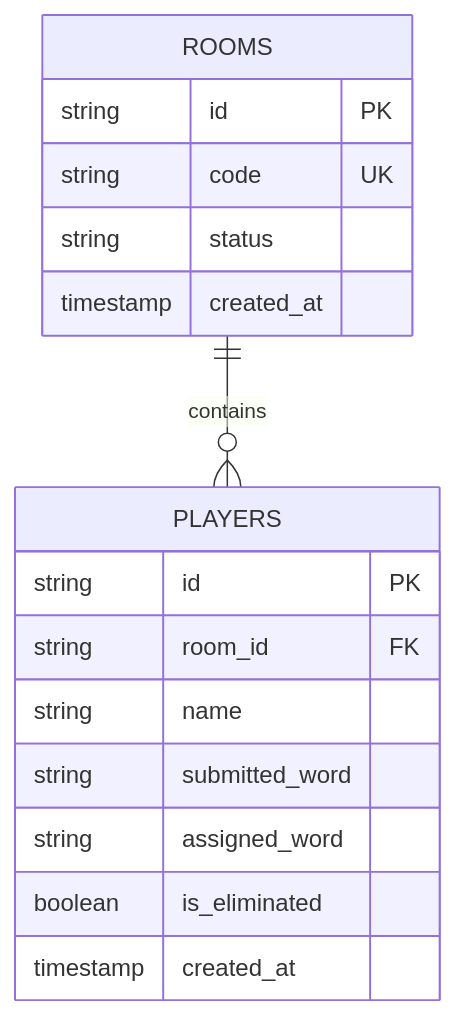
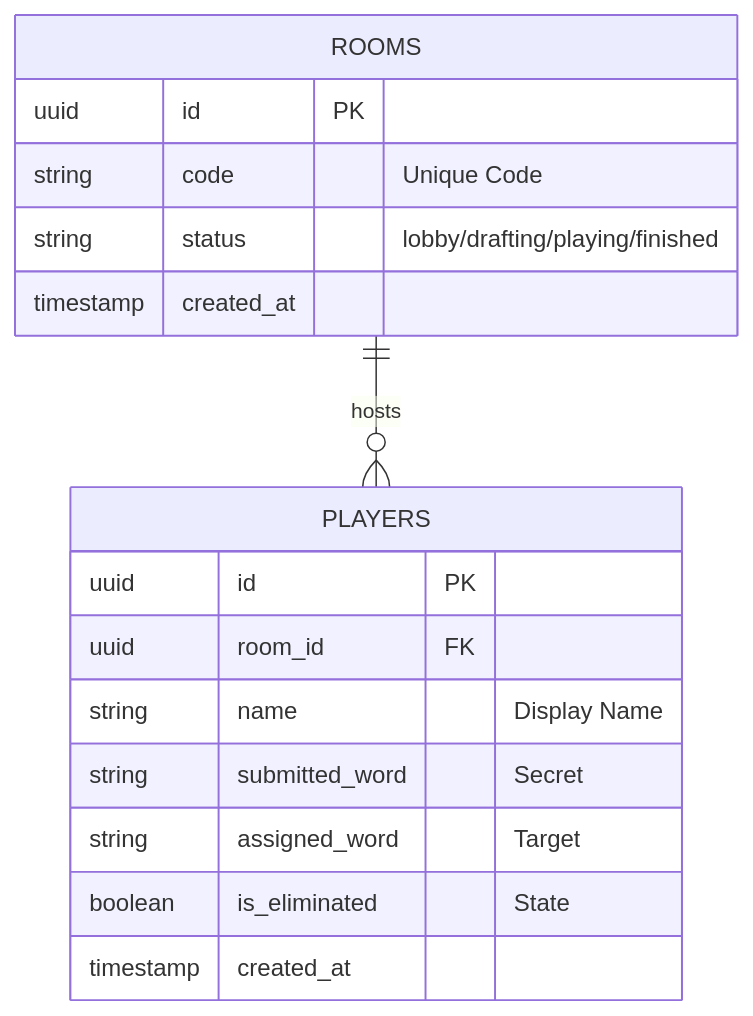
Before and after one commit to MarkeloPuangpoo/loodpak: the fourth of 4 diagrams in README.md, drawn with Mermaid. The commit also changed other lines of this file, not shown here.

````diff
--- a/README.md
+++ b/README.md
@@ -165,21 +177,21 @@
 ```mermaid
 erDiagram
+    ROOMS ||--o{ PLAYERS : "hosts"
+    
     ROOMS {
-        string id PK
-        string code UK
-        string status
+        uuid id PK
+        string code "Unique Code"
+        string status "lobby/drafting/playing/finished"
         timestamp created_at
     }
     
     PLAYERS {
-        string id PK
-        string room_id FK
-        string name
-        string submitted_word
-        string assigned_word
-        boolean is_eliminated
+        uuid id PK
+        uuid room_id FK
+        string name "Display Name"
+        string submitted_word "Secret"
+        string assigned_word "Target"
+        boolean is_eliminated "State"
         timestamp created_at
     }
-    
-    ROOMS ||--o{ PLAYERS : contains
 ```
````
